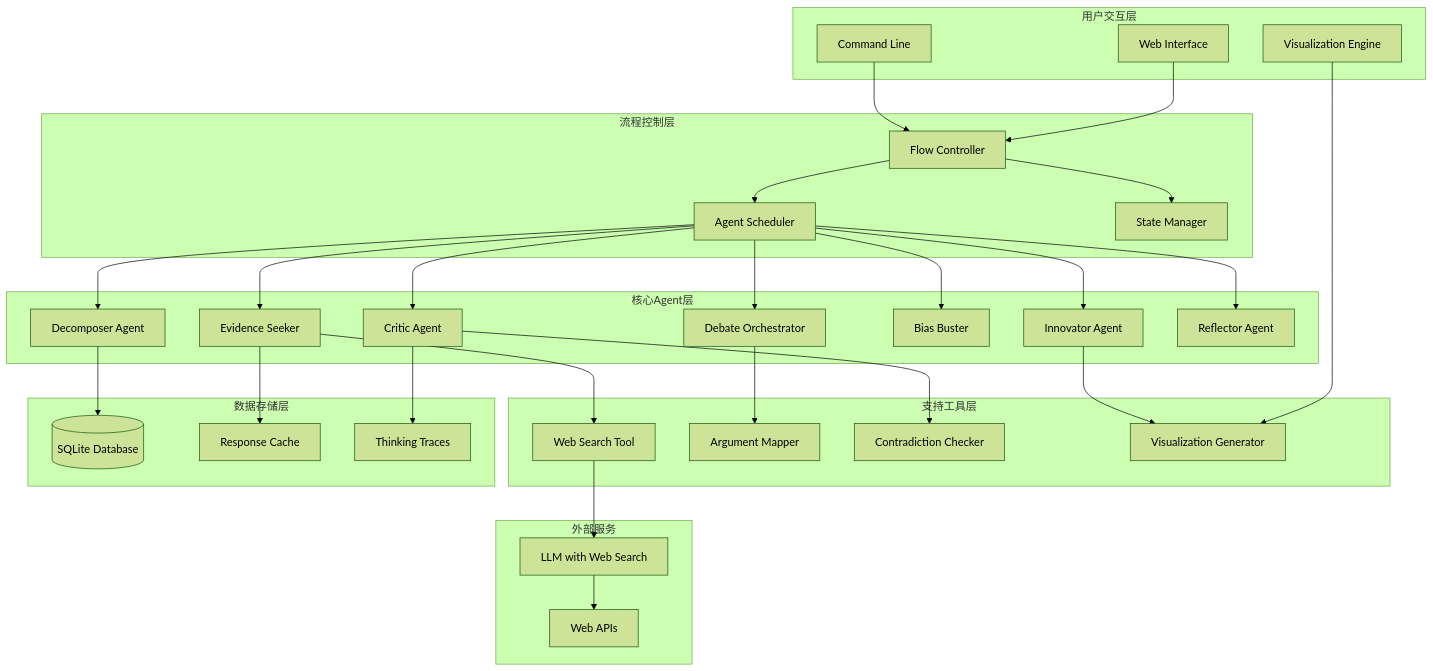
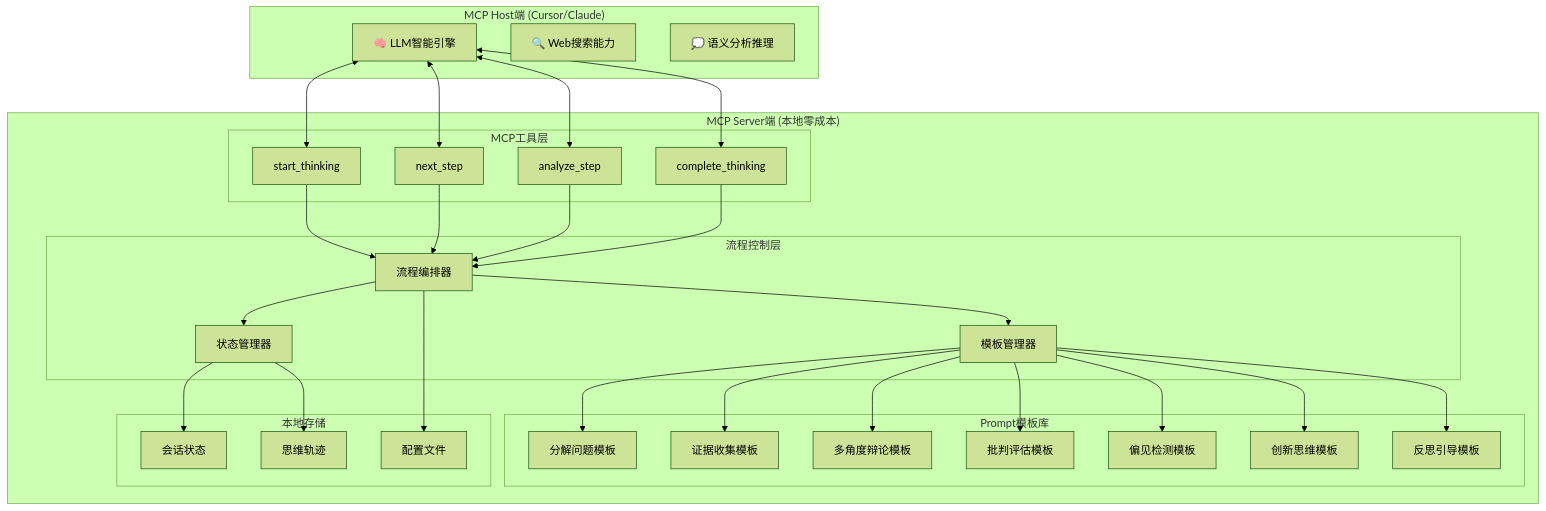
Before and after one commit to MitsudoAI/mcp-style-agent: the first of 2 diagrams in .kiro/specs/deep-thinking-engine/design.md, drawn with Mermaid (forest theme). The commit also changed other lines of this file and 1 other file, not shown here.

First line of the commit message:
refactor: redesign for zero-cost local MCP server architecture

````diff
--- a/.kiro/specs/deep-thinking-engine/design.md
+++ b/.kiro/specs/deep-thinking-engine/design.md
@@ -22,68 +25,64 @@
 ```mermaid
 graph TB
-    subgraph "用户交互层"
-        UI[Web Interface]
-        CLI[Command Line]
-        VIZ[Visualization Engine]
+    subgraph "MCP Host端 (Cursor/Claude)"
+        LLM[🧠 LLM智能引擎]
+        SEARCH[🔍 Web搜索能力]
+        REASONING[💭 语义分析推理]
     end
     
-    subgraph "流程控制层"
-        FLOW[Flow Controller]
-        SCHED[Agent Scheduler]
-        STATE[State Manager]
+    subgraph "MCP Server端 (本地零成本)"
+        subgraph "MCP工具层"
+            START[start_thinking]
+            NEXT[next_step]
+            ANALYZE[analyze_step]
+            COMPLETE[complete_thinking]
+        end
+        
+        subgraph "流程控制层"
+            FLOW[流程编排器]
+            STATE[状态管理器]
+            TEMPLATE[模板管理器]
+        end
+        
+        subgraph "Prompt模板库"
+            DECOMP_T[分解问题模板]
+            EVIDENCE_T[证据收集模板]
+            DEBATE_T[多角度辩论模板]
+            CRITIC_T[批判评估模板]
+            BIAS_T[偏见检测模板]
+            INNOV_T[创新思维模板]
+            REFLECT_T[反思引导模板]
+        end
+        
+        subgraph "本地存储"
+            SESSION[会话状态]
+            HISTORY[思维轨迹]
+            CONFIG[配置文件]
+        end
     end
     
-    subgraph "核心Agent层"
-        DECOMP[Decomposer Agent]
-        EVIDENCE[Evidence Seeker]
-        DEBATE[Debate Orchestrator]
-        CRITIC[Critic Agent]
-        BIAS[Bias Buster]
-        INNOV[Innovator Agent]
-        REFLECT[Reflector Agent]
-    end
+    LLM <--> START
+    LLM <--> NEXT
+    LLM <--> ANALYZE
+    LLM <--> COMPLETE
     
-    subgraph "支持工具层"
-        SEARCH[Web Search Tool]
-        MAPPER[Argument Mapper]
-        VALIDATOR[Contradiction Checker]
-        VISUAL[Visualization Generator]
-    end
+    START --> FLOW
+    NEXT --> FLOW
+    ANALYZE --> FLOW
+    COMPLETE --> FLOW
     
-    subgraph "数据存储层"
-        DB[(SQLite Database)]
-        CACHE[Response Cache]
-        LOG[Thinking Traces]
-    end
+    FLOW --> STATE
+    FLOW --> TEMPLATE
     
-    subgraph "外部服务"
-        LLM[LLM with Web Search]
-        WEB[Web APIs]
-    end
+    TEMPLATE --> DECOMP_T
+    TEMPLATE --> EVIDENCE_T
+    TEMPLATE --> DEBATE_T
+    TEMPLATE --> CRITIC_T
+    TEMPLATE --> BIAS_T
+    TEMPLATE --> INNOV_T
+    TEMPLATE --> REFLECT_T
     
-    UI --> FLOW
-    CLI --> FLOW
-    VIZ --> VISUAL
-    
-    FLOW --> SCHED
-    FLOW --> STATE
-    SCHED --> DECOMP
-    SCHED --> EVIDENCE
-    SCHED --> DEBATE
-    SCHED --> CRITIC
-    SCHED --> BIAS
-    SCHED --> INNOV
-    SCHED --> REFLECT
-    
-    EVIDENCE --> SEARCH
-    DEBATE --> MAPPER
-    CRITIC --> VALIDATOR
-    INNOV --> VISUAL
-    
-    DECOMP --> DB
-    EVIDENCE --> CACHE
-    CRITIC --> LOG
-    
-    SEARCH --> LLM
-    LLM --> WEB
+    STATE --> SESSION
+    STATE --> HISTORY
+    FLOW --> CONFIG
 ```
````
